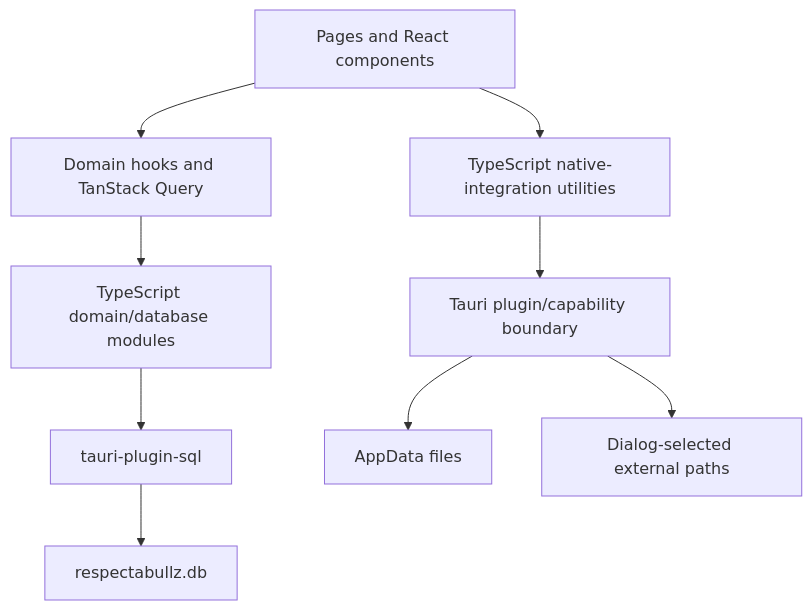
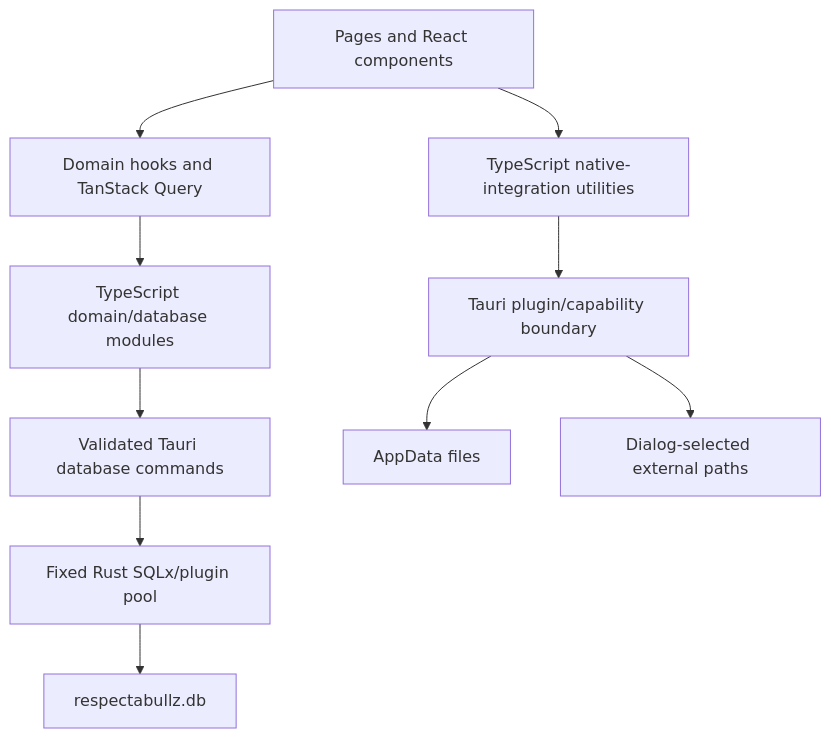
Before and after one commit to LeftHandVoodoo/Respectabullz: the second of 3 diagrams in docs/ARCHITECTURE.md, drawn with Mermaid. The commit also changed other lines of this file and 103 other files, not shown here.

````diff
--- a/docs/ARCHITECTURE.md
+++ b/docs/ARCHITECTURE.md
@@ -46,12 +46,13 @@
 ```mermaid
 flowchart TB
     UI["Pages and React components"] --> Hooks["Domain hooks and TanStack Query"]
     Hooks --> Modules["TypeScript domain/database modules"]
-    Modules --> SQLPlugin["tauri-plugin-sql"]
-    SQLPlugin --> SQLite["respectabullz.db"]
+    Modules --> DatabaseCommands["Validated Tauri database commands"]
+    DatabaseCommands --> SQLPool["Fixed Rust SQLx/plugin pool"]
+    SQLPool --> SQLite["respectabullz.db"]
 
     UI --> NativeUtils["TypeScript native-integration utilities"]
     NativeUtils --> Tauri["Tauri plugin/capability boundary"]
     Tauri --> Managed["AppData files"]
     Tauri --> DialogPaths["Dialog-selected external paths"]
 ```
````
